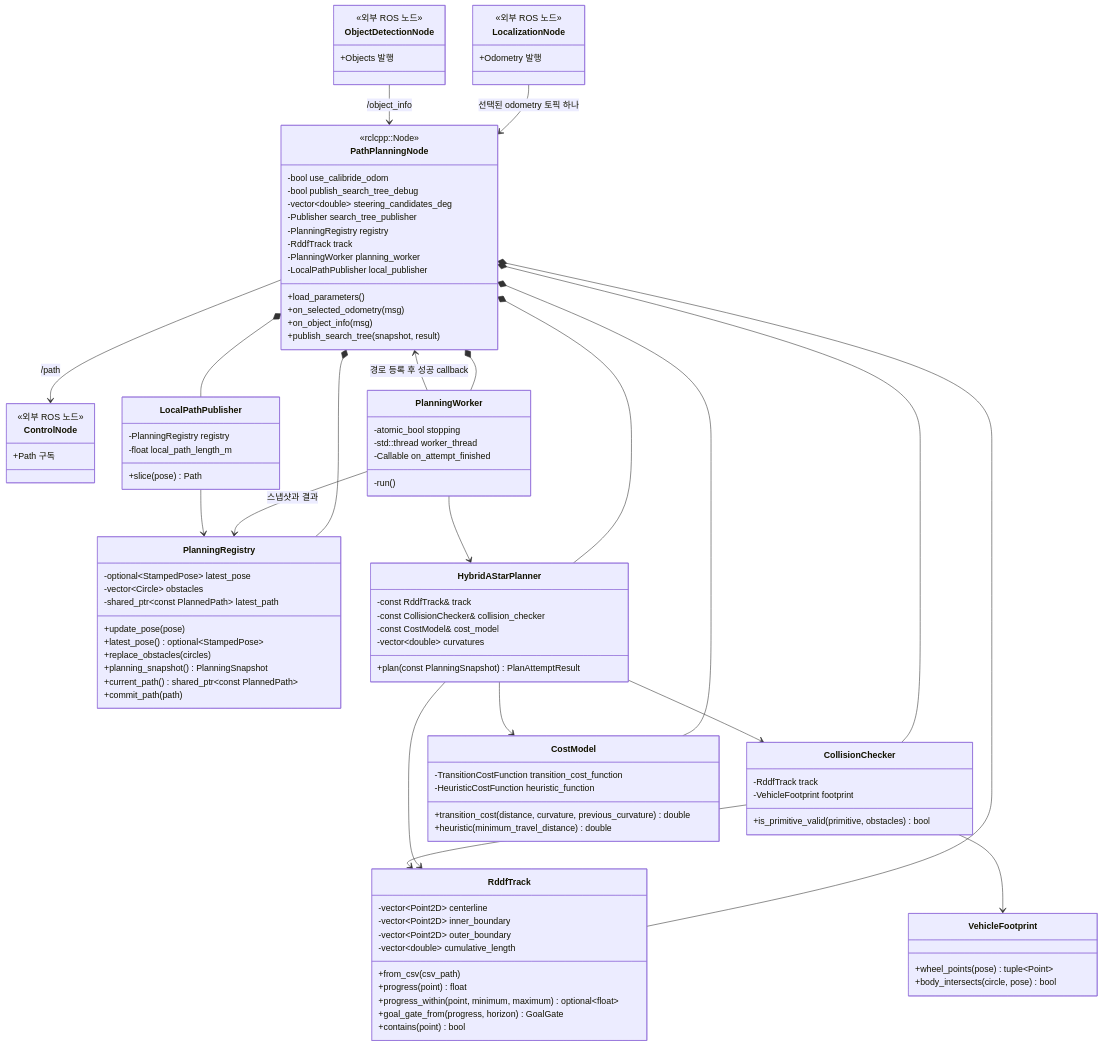
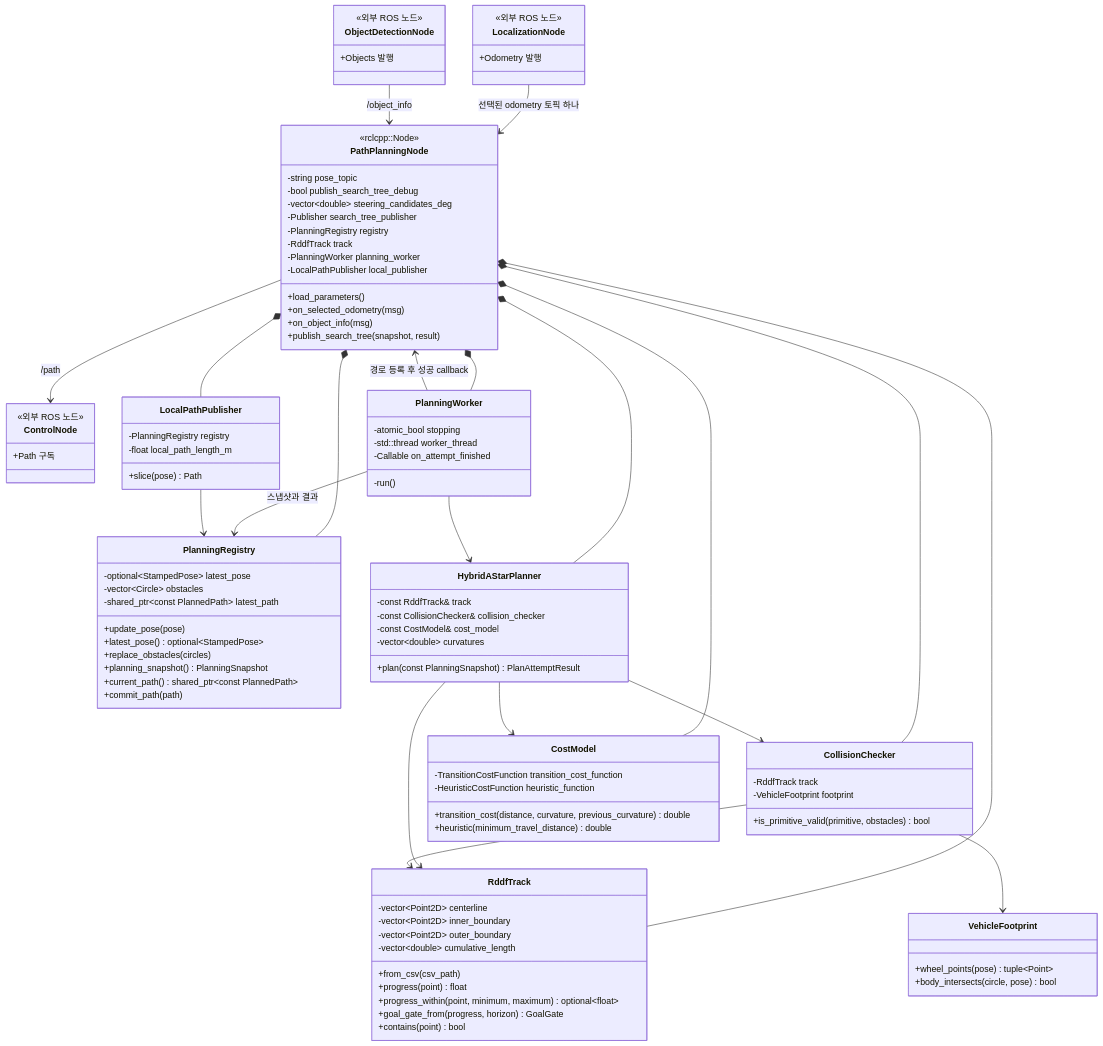
One commit to Team-Stier/AMET2026_coex_stier changed the first of 3 diagrams in src/path_planning/README.md. Above: the diagram before and after it, drawn with Mermaid. The commit also changed other lines of this file and 8 other files, not shown here.

```diff
--- a/src/path_planning/README.md
+++ b/src/path_planning/README.md
@@ -171,7 +170,7 @@
     }
     class PathPlanningNode {
         <<rclcpp::Node>>
-        -bool use_calibride_odom
+        -string pose_topic
         -bool publish_search_tree_debug
         -vector~double~ steering_candidates_deg
         -Publisher search_tree_publisher
```
